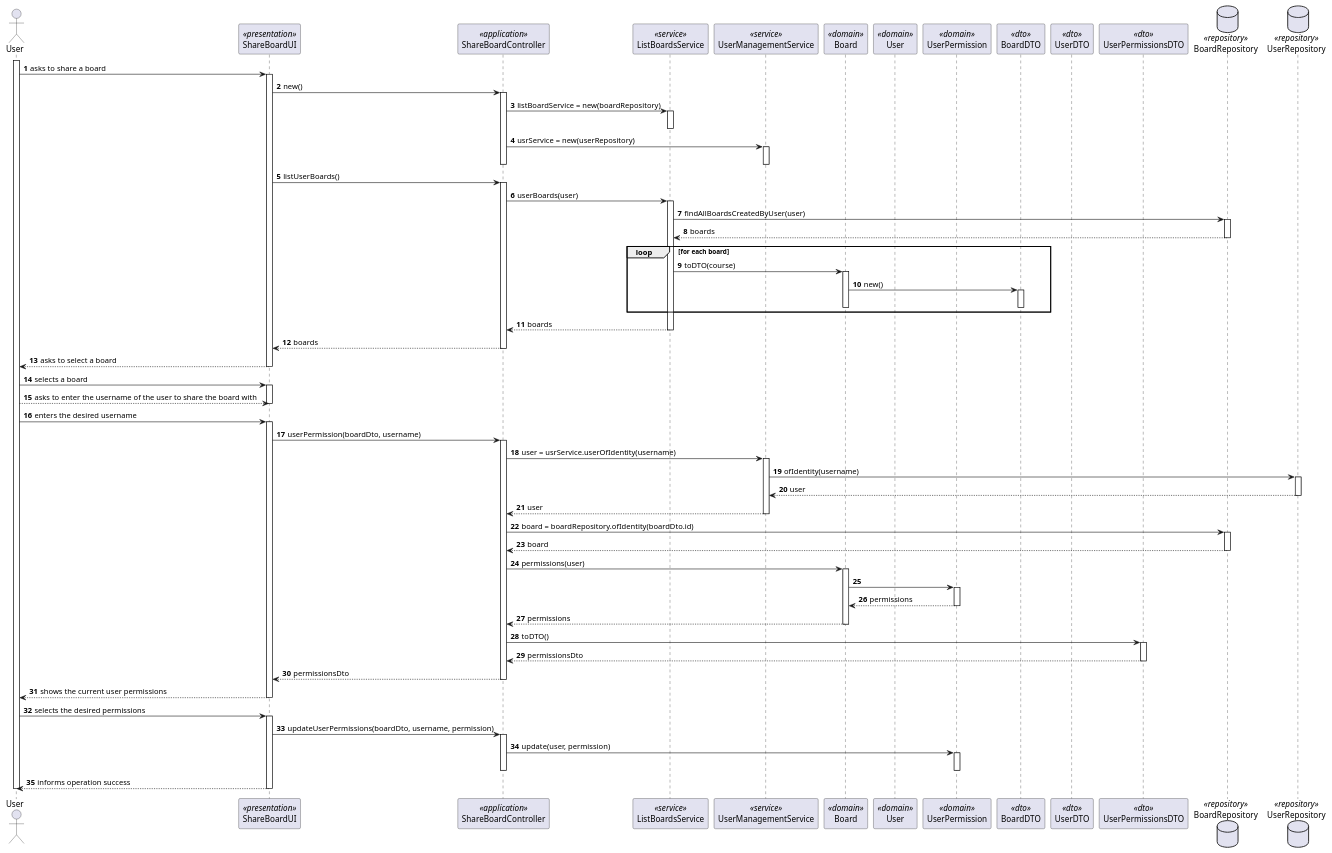
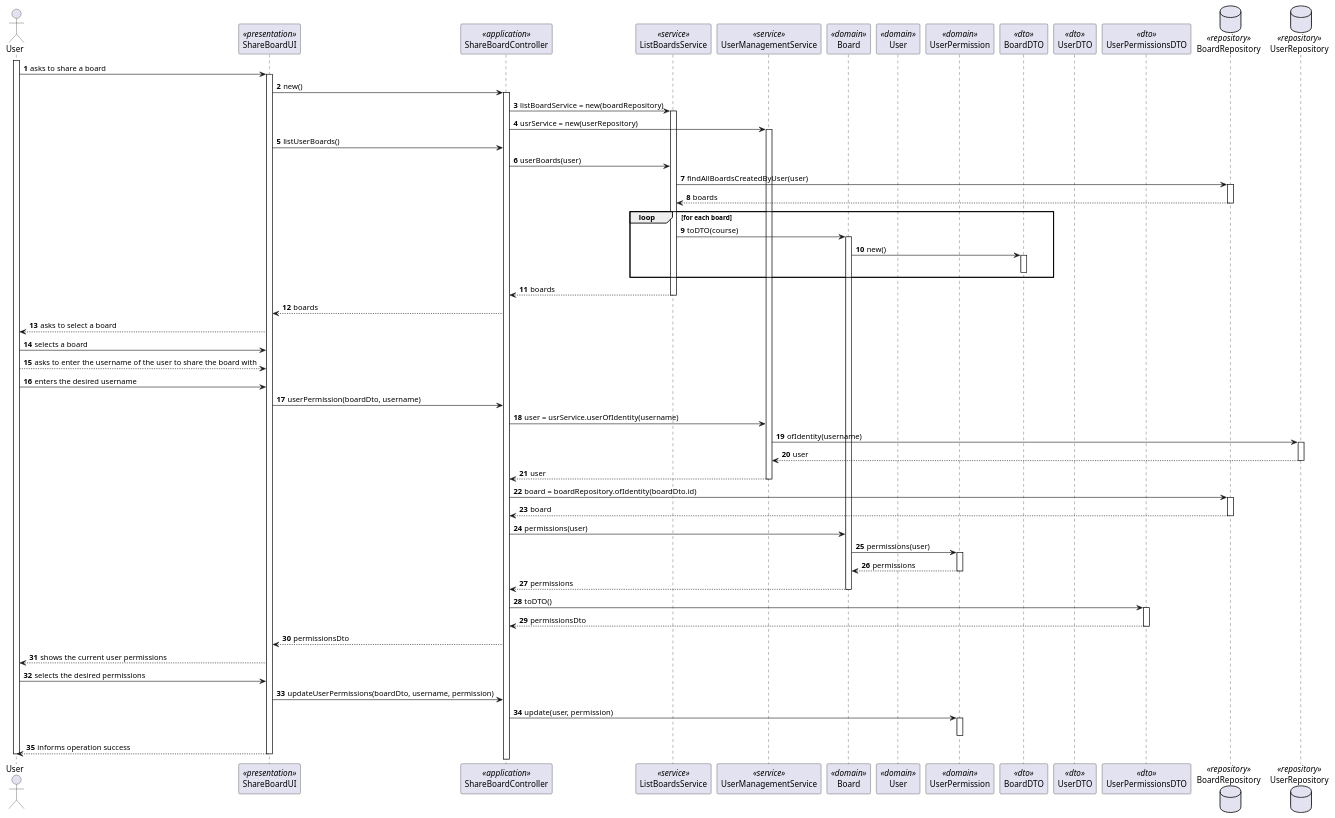
One commit to miseEnPlace-dev/lapr4 changed the diagram in docs/sprint-c/us29-3004/US3004_SD.puml. Above: the diagram before and after it, drawn with PlantUML. The commit also changed 1 other file, not shown here.

```diff
--- a/docs/sprint-c/us29-3004/US3004_SD.puml
+++ b/docs/sprint-c/us29-3004/US3004_SD.puml
@@ -1,121 +1,121 @@
 @startuml US3004_SD
 autonumber
 
 actor "User" as U
 participant "ShareBoardUI" as UI <<presentation>>
 participant "ShareBoardController" as CTRL <<application>>
 participant "ListBoardsService" as BOARDSRV <<service>>
 participant "UserManagementService" as USRSRV <<service>>
 participant "Board" as B <<domain>>
 participant "User" as USER <<domain>>
 participant "UserPermission" as PERM <<domain>>
 participant "BoardDTO" as BDTO <<dto>>
 participant "UserDTO" as USERDTO <<dto>>
 participant "UserPermissionsDTO" as PERMDTO <<dto>>
 
 database BoardRepository as BOARDREP <<repository>>
 database UserRepository as USERREP <<repository>>
 
 activate U
 
 U -> UI : asks to share a board
 activate UI
   UI -> CTRL : new()
   activate CTRL
     CTRL -> BOARDSRV : listBoardService = new(boardRepository)
     activate BOARDSRV
-    deactivate BOARDSRV
+    ' deactivate BOARDSRV
 
     CTRL -> USRSRV : usrService = new(userRepository)
     activate USRSRV
-    deactivate USRSRV
-  deactivate CTRL
+    ' deactivate USRSRV
+  ' deactivate CTRL
 
   UI -> CTRL : listUserBoards()
-  activate CTRL
+  ' activate CTRL
     CTRL -> BOARDSRV : userBoards(user)
-    activate BOARDSRV
+    ' activate BOARDSRV
       BOARDSRV -> BOARDREP : findAllBoardsCreatedByUser(user)
       activate BOARDREP
          BOARDSRV <-- BOARDREP : boards
       deactivate BOARDREP
 
       loop for each board
         BOARDSRV -> B : toDTO(course)
         activate B
           B -> BDTO : new()
           activate BDTO
           deactivate BDTO
-        deactivate B
+        ' deactivate B
       end loop
 
       CTRL <-- BOARDSRV : boards
     deactivate BOARDSRV
     UI <-- CTRL : boards
-  deactivate CTRL
+  ' deactivate CTRL
 
   U <-- UI : asks to select a board
-deactivate UI
+' deactivate UI
 
 U -> UI : selects a board
-activate UI
+' activate UI
   UI <-- U : asks to enter the username of the user to share the board with
-deactivate UI
+' deactivate UI
 
 U -> UI : enters the desired username
-activate UI
+' activate UI
 
   UI -> CTRL : userPermission(boardDto, username)
-  activate CTRL
+  ' activate CTRL
 
     CTRL -> USRSRV : user = usrService.userOfIdentity(username)
-    activate USRSRV
+    ' activate USRSRV
 
       USRSRV -> USERREP : ofIdentity(username)
       activate USERREP
         USRSRV <-- USERREP : user
       deactivate USERREP
 
       CTRL <-- USRSRV : user
     deactivate USRSRV
 
     CTRL -> BOARDREP : board = boardRepository.ofIdentity(boardDto.id)
     activate BOARDREP
       CTRL <-- BOARDREP : board
     deactivate BOARDREP
 
     CTRL -> B : permissions(user)
-    activate B
-      B -> PERM
+    ' activate B
+      B -> PERM : permissions(user)
       activate PERM
         B <-- PERM : permissions
       deactivate PERM
       CTRL <-- B : permissions
     deactivate B
 
     CTRL -> PERMDTO : toDTO()
     activate PERMDTO
       CTRL <-- PERMDTO : permissionsDto
     deactivate PERMDTO
 
     UI <-- CTRL : permissionsDto
-  deactivate CTRL
+  ' deactivate CTRL
 
   U <-- UI : shows the current user permissions
-deactivate UI
+' deactivate UI
 
 U -> UI : selects the desired permissions
-activate UI
+' activate UI
   UI -> CTRL : updateUserPermissions(boardDto, username, permission)
-  activate CTRL
+  ' activate CTRL
     CTRL -> PERM : update(user, permission)
     activate PERM
     deactivate PERM
-  deactivate CTRL
+  ' deactivate CTRL
 
   U <-- UI : informs operation success
 deactivate UI
 
 deactivate U
 
 @enduml
```
